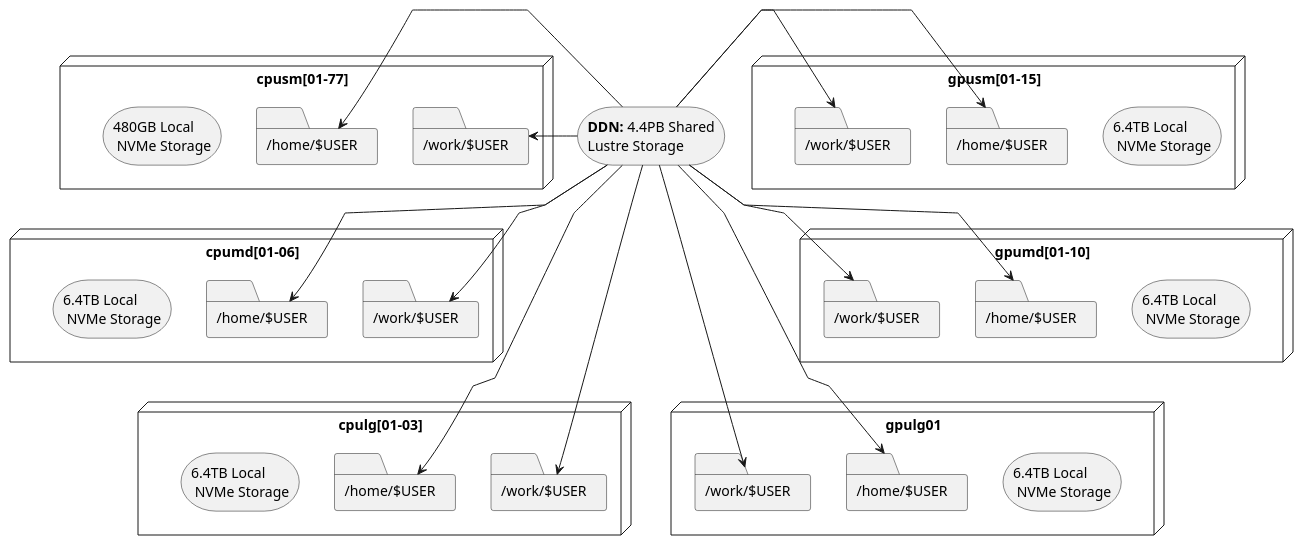
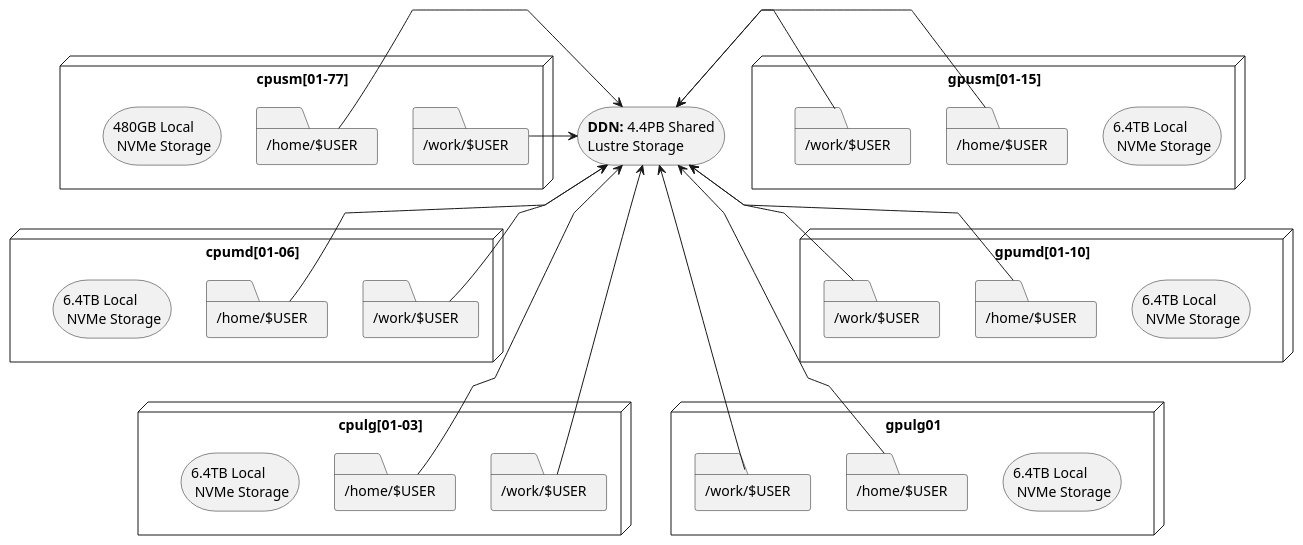
One commit to ularc/zurada changed the diagram in guides/storage/images/logical_storage_architecture.puml. Above: the diagram before and after it, drawn with PlantUML. The commit also changed 1 other file, not shown here.

```diff
--- a/guides/storage/images/logical_storage_architecture.puml
+++ b/guides/storage/images/logical_storage_architecture.puml
@@ -1,92 +1,92 @@
 @startuml
 skinparam linetype polyline
 
 storage "<b>DDN:</b> 4.4PB Shared\nLustre Storage" as ddn
 
 node "cpusm[01-77]" as cpusm {
   folder "/home/$USER" as cpusm_home {
   }
   folder "/work/$USER" as cpusm_work {
   }
   storage "480GB Local\n NVMe Storage" as cpusm_storage
 }
 
 cpusm_storage -[hidden]right-> cpusm_home
 cpusm_home -[hidden]right-> cpusm_work
 
 node "cpumd[01-06]" as cpumd {
   folder "/home/$USER" as cpumd_home {
   }
   folder "/work/$USER" as cpumd_work {
   }
   storage "6.4TB Local\n NVMe Storage" as cpumd_storage
 }
 
 cpumd_storage -[hidden]right-> cpumd_home
 cpumd_home -[hidden]right-> cpumd_work
 
 node "cpulg[01-03]" as cpulg {
   folder "/home/$USER" as cpulg_home {
   }
   folder "/work/$USER" as cpulg_work {
   }
   storage "6.4TB Local\n NVMe Storage" as cpulg_storage
 }
 
 cpulg_storage -[hidden]right-> cpulg_home
 cpulg_home -[hidden]right-> cpulg_work
 
 node "gpusm[01-15]" as gpusm {
   folder "/home/$USER" as gpusm_home {
   }
   folder "/work/$USER" as gpusm_work {
   }
   storage "6.4TB Local\n NVMe Storage" as gpusm_storage
 }
 
 gpusm_work -[hidden]right-> gpusm_home
 gpusm_home -[hidden]right-> gpusm_storage
 
 node "gpumd[01-10]" as gpumd {
   folder "/home/$USER" as gpumd_home {
   }
   folder "/work/$USER" as gpumd_work {
   }
   storage "6.4TB Local\n NVMe Storage" as gpumd_storage
 }
 
 gpumd_work -[hidden]right-> gpumd_home
 gpumd_home -[hidden]right-> gpumd_storage
 
 node "gpulg01" as gpulg {
   folder "/home/$USER" as gpulg_home {
   }
   folder "/work/$USER" as gpulg_work {
   }
   storage "6.4TB Local\n NVMe Storage" as gpulg_storage
 }
 
 gpulg_work -[hidden]right-> gpulg_home
 gpulg_home -[hidden]right-> gpulg_storage
 
 cpusm -[hidden]down-> cpumd
 cpumd -[hidden]down-> cpulg
 
 gpusm -[hidden]down-> gpumd
 gpumd -[hidden]down-> gpulg
 
-ddn -> cpusm_work
-ddn -> cpumd_work
-ddn -> cpulg_work
-ddn -> cpusm_home
-ddn -> cpumd_home
-ddn -> cpulg_home
+ddn <- cpusm_work
+ddn <- cpumd_work
+ddn <- cpulg_work
+ddn <- cpusm_home
+ddn <- cpumd_home
+ddn <- cpulg_home
 
-ddn -> gpusm_work
-ddn -> gpumd_work
-ddn -> gpulg_work
-ddn -> gpusm_home
-ddn -> gpumd_home
-ddn -> gpulg_home
+ddn <- gpusm_work
+ddn <- gpumd_work
+ddn <- gpulg_work
+ddn <- gpusm_home
+ddn <- gpumd_home
+ddn <- gpulg_home
 
 @enduml
```
